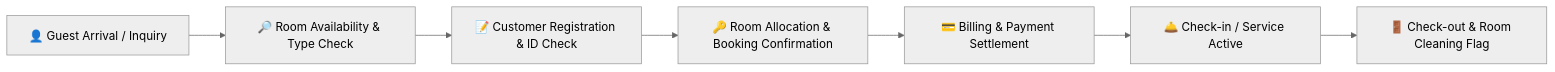
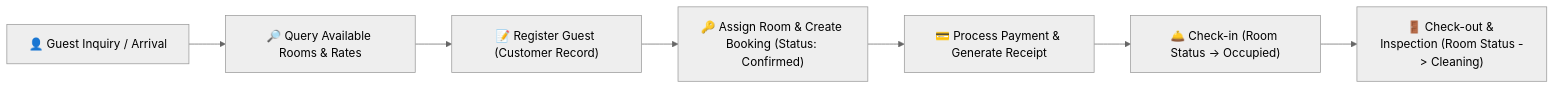
One commit to MominRifat/Hotel_Management_System changed the second of 2 diagrams in README.md. Above: the diagram before and after it, drawn with Mermaid (neutral theme). The commit also changed other lines of this file, not shown here.

Commit message:
docs: enhance README with comprehensive tech stack, setup guide, and 2D/3D architecture

````diff
--- a/README.md
+++ b/README.md
@@ -93,9 +110,9 @@
 ```mermaid
 flowchart LR
-    A["👤 Guest Arrival / Inquiry"] --> B["🔎 Room Availability & Type Check"]
-    B --> C["📝 Customer Registration & ID Check"]
-    C --> D["🔑 Room Allocation & Booking Confirmation"]
-    D --> E["💳 Billing & Payment Settlement"]
-    E --> F["🛎️ Check-in / Service Active"]
-    F --> G["🚪 Check-out & Room Cleaning Flag"]
+    A["👤 Guest Inquiry / Arrival"] --> B["🔎 Query Available Rooms & Rates"]
+    B --> C["📝 Register Guest (Customer Record)"]
+    C --> D["🔑 Assign Room & Create Booking (Status: Confirmed)"]
+    D --> E["💳 Process Payment & Generate Receipt"]
+    E --> F["🛎️ Check-in (Room Status -> Occupied)"]
+    F --> G["🚪 Check-out & Inspection (Room Status -> Cleaning)"]
 ```
````
